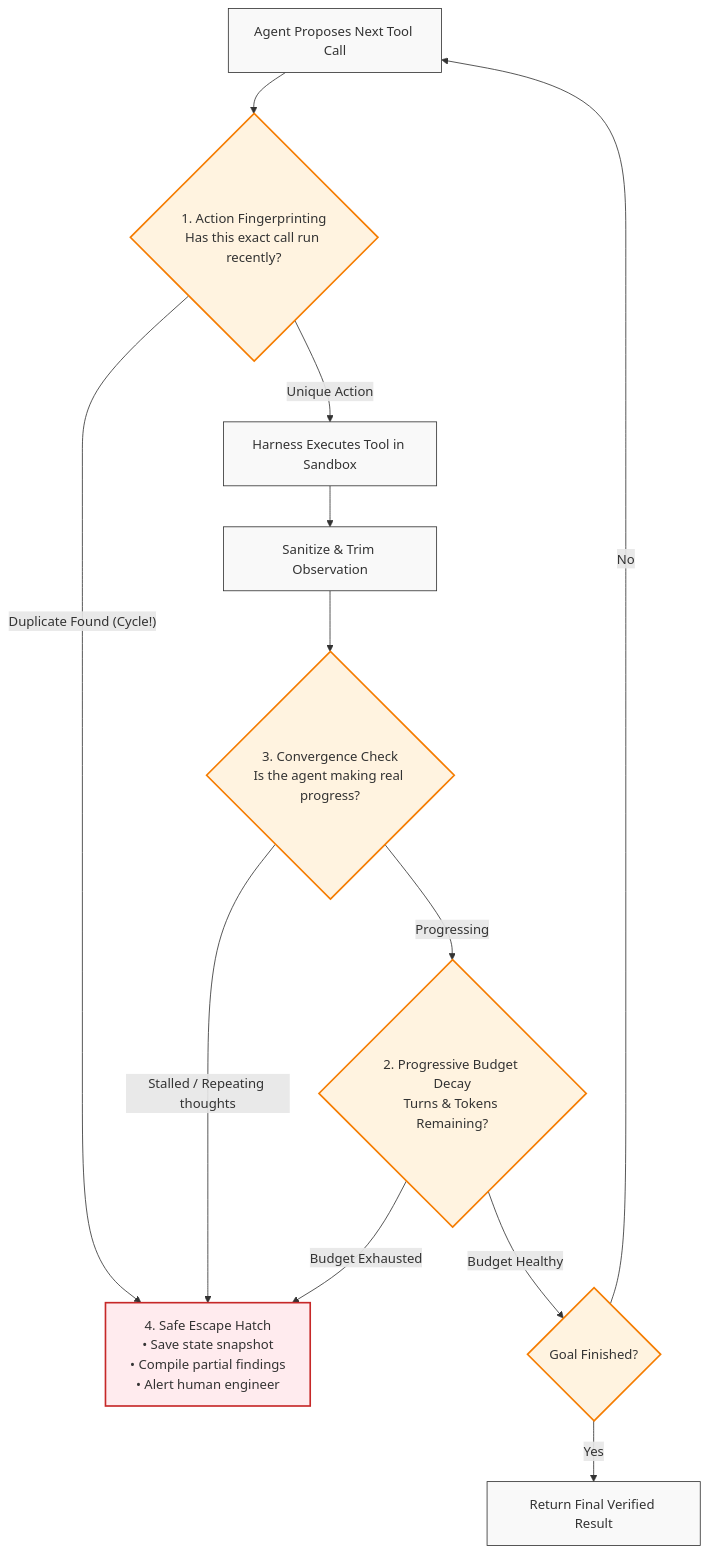
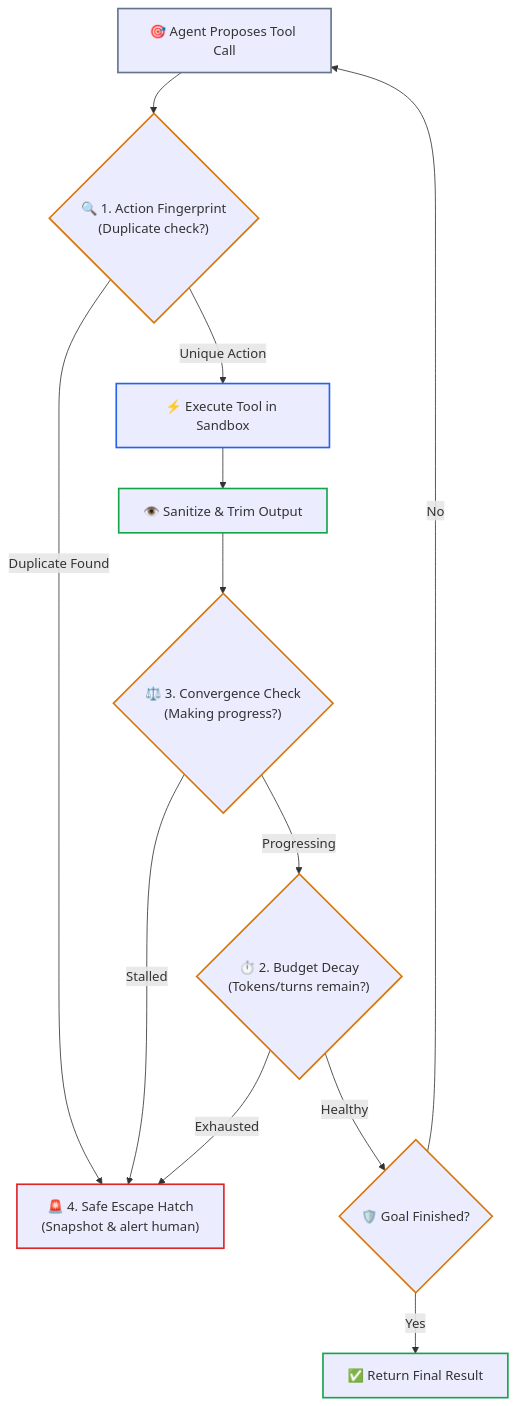
The fifth of 5 diagrams in 04-agentic-systems-and-orchestration/02-react-loops-and-execution-governors.md (dip4k/senior-engineer-to-ai-engineer-roadmap), drawn with Mermaid before and after one commit. The commit also changed other lines of this file and 94 other files, not shown here.

Commit message:
refactor(curriculum): complete Phase 04 upgrade and enforce diagram renderer invariants

````diff
--- a/04-agentic-systems-and-orchestration/02-react-loops-and-execution-governors.md
+++ b/04-agentic-systems-and-orchestration/02-react-loops-and-execution-governors.md
@@ -187,25 +215,29 @@
 ```mermaid
 flowchart TD
-    classDef gate fill:#fff3e0,stroke:#f57c00,stroke-width:2px;
-    classDef step fill:#f9f9f9,stroke:#333,stroke-width:1px;
-    classDef alert fill:#ffebee,stroke:#c62828,stroke-width:2px;
-
-    Start["Agent Proposes Next Tool Call"]:::step --> HashCheck{"1. Action Fingerprinting\nHas this exact call run recently?"}:::gate
+    Start["🎯 Agent Proposes Tool Call"] --> HashCheck{"🔍 1. Action Fingerprint<br>(Duplicate check?)"}
     
-    HashCheck -- "Duplicate Found (Cycle!)" --> Escape["4. Safe Escape Hatch\n• Save state snapshot\n• Compile partial findings\n• Alert human engineer"]:::alert
+    HashCheck -- "Duplicate Found" --> Escape["🚨 4. Safe Escape Hatch<br>(Snapshot & alert human)"]
+    HashCheck -- "Unique Action" --> Exec["⚡ Execute Tool in Sandbox"]
     
-    HashCheck -- "Unique Action" --> Exec["Harness Executes Tool in Sandbox"]:::step
+    Exec --> Observe["👁️ Sanitize & Trim Output"]
+    Observe --> ConvergenceCheck{"⚖️ 3. Convergence Check<br>(Making progress?)"}
     
-    Exec --> Observe["Sanitize & Trim Observation"]:::step
+    ConvergenceCheck -- "Stalled" --> Escape
+    ConvergenceCheck -- "Progressing" --> BudgetCheck{"⏱️ 2. Budget Decay<br>(Tokens/turns remain?)"}
     
-    Observe --> ConvergenceCheck{"3. Convergence Check\nIs the agent making real progress?"}:::gate
-    
-    ConvergenceCheck -- "Stalled / Repeating thoughts" --> Escape
-    ConvergenceCheck -- "Progressing" --> BudgetCheck{"2. Progressive Budget Decay\nTurns & Tokens Remaining?"}:::gate
-    
-    BudgetCheck -- "Budget Exhausted" --> Escape
-    BudgetCheck -- "Budget Healthy" --> CheckDone{"Goal Finished?"}:::gate
+    BudgetCheck -- "Exhausted" --> Escape
+    BudgetCheck -- "Healthy" --> CheckDone{"🛡️ Goal Finished?"}
     
     CheckDone -- "No" --> Start
-    CheckDone -- "Yes" --> Terminal["Return Final Verified Result"]:::step
+    CheckDone -- "Yes" --> Terminal["✅ Return Final Result"]
+
+    style Start stroke:#64748b,stroke-width:2px
+    style HashCheck stroke:#d97706,stroke-width:2px
+    style Escape stroke:#dc2626,stroke-width:2px
+    style Exec stroke:#2563eb,stroke-width:2px
+    style Observe stroke:#16a34a,stroke-width:2px
+    style ConvergenceCheck stroke:#d97706,stroke-width:2px
+    style BudgetCheck stroke:#d97706,stroke-width:2px
+    style CheckDone stroke:#d97706,stroke-width:2px
+    style Terminal stroke:#16a34a,stroke-width:2px
 ```
````
